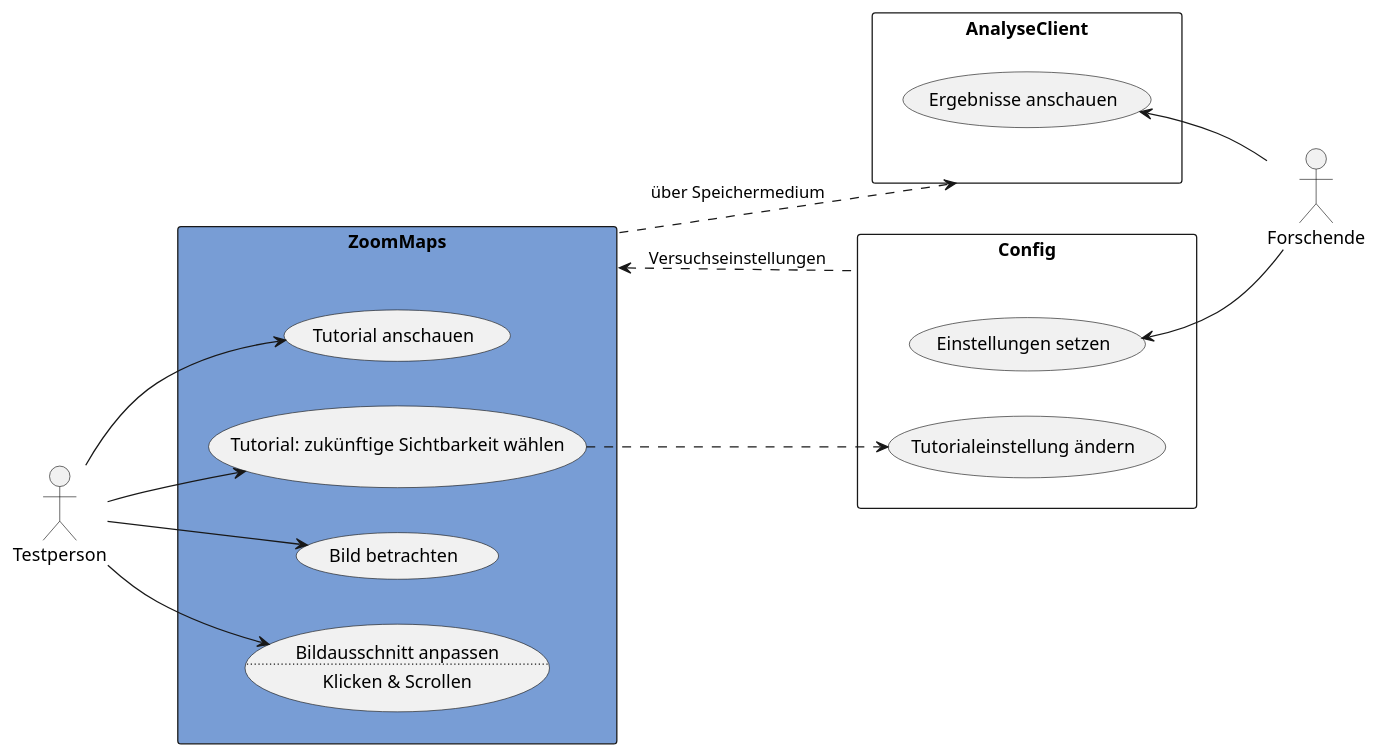
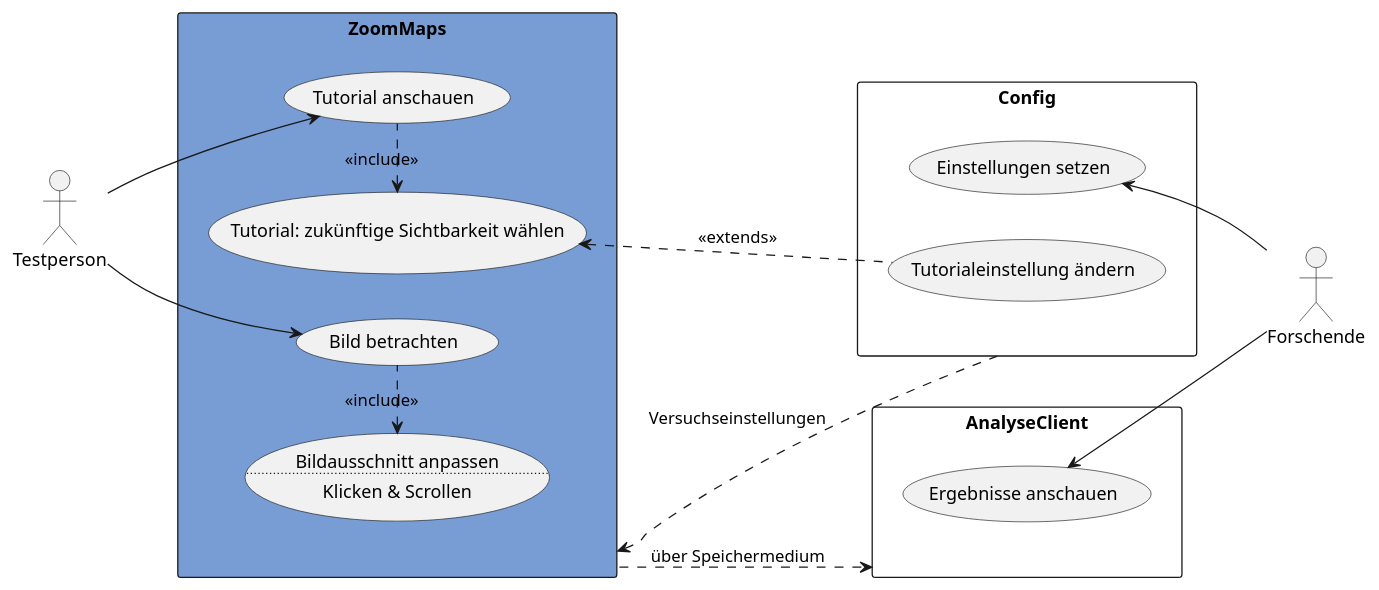
One commit to weichware10/meilensteine changed the diagram in meilenstein_05/usecase-zoommaps/usecase-zoommaps.puml. Above: the diagram before and after it, drawn with PlantUML.

Commit message:
include und extends verwendet

```diff
--- a/meilenstein_05/usecase-zoommaps/usecase-zoommaps.puml
+++ b/meilenstein_05/usecase-zoommaps/usecase-zoommaps.puml
@@ -1,40 +1,42 @@
 @startuml zoommaps
 left to right direction
 
 actor Testperson as t
 actor Forschende as f
 
 rectangle ZoomMaps as z #789dd5 {
     usecase "Tutorial anschauen" as td
     usecase "Tutorial: zukünftige Sichtbarkeit wählen" as tw
     usecase "Bild betrachten" as bb
     usecase ba as "Bildausschnitt anpassen
     ..
     Klicken & Scrollen"
+    td .l.> tw : <<include>>
+    bb .l.> ba : <<include>>
 }
 
 rectangle AnalyseClient as a {
     usecase "Ergebnisse anschauen" as ea
 }
 
 rectangle Config as c {
     usecase "Einstellungen setzen" as es
     usecase "Tutorialeinstellung ändern" as tä
 }
 
 ' Testperson
 t --> td
-t --> tw
+' t --> tw
 t --> bb
-t --> ba
+' t --> ba
 
 ' Forschende
 es <-- f
 ea <-- f
 
 ' intern
-tw ..> tä
-z .r.> a : über Speichermedium
+tw <.. tä : <<extends>>
+z ..> a : über Speichermedium
 z <.. c : Versuchseinstellungen
 
 @enduml
```
